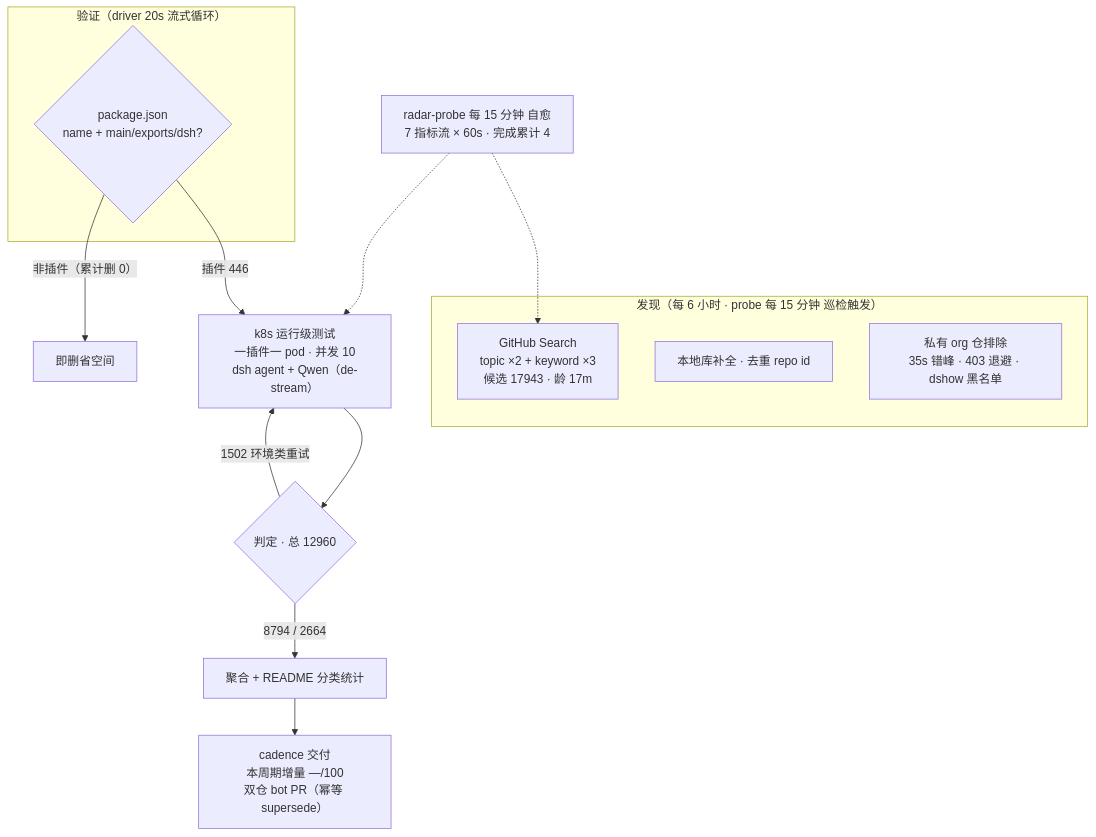
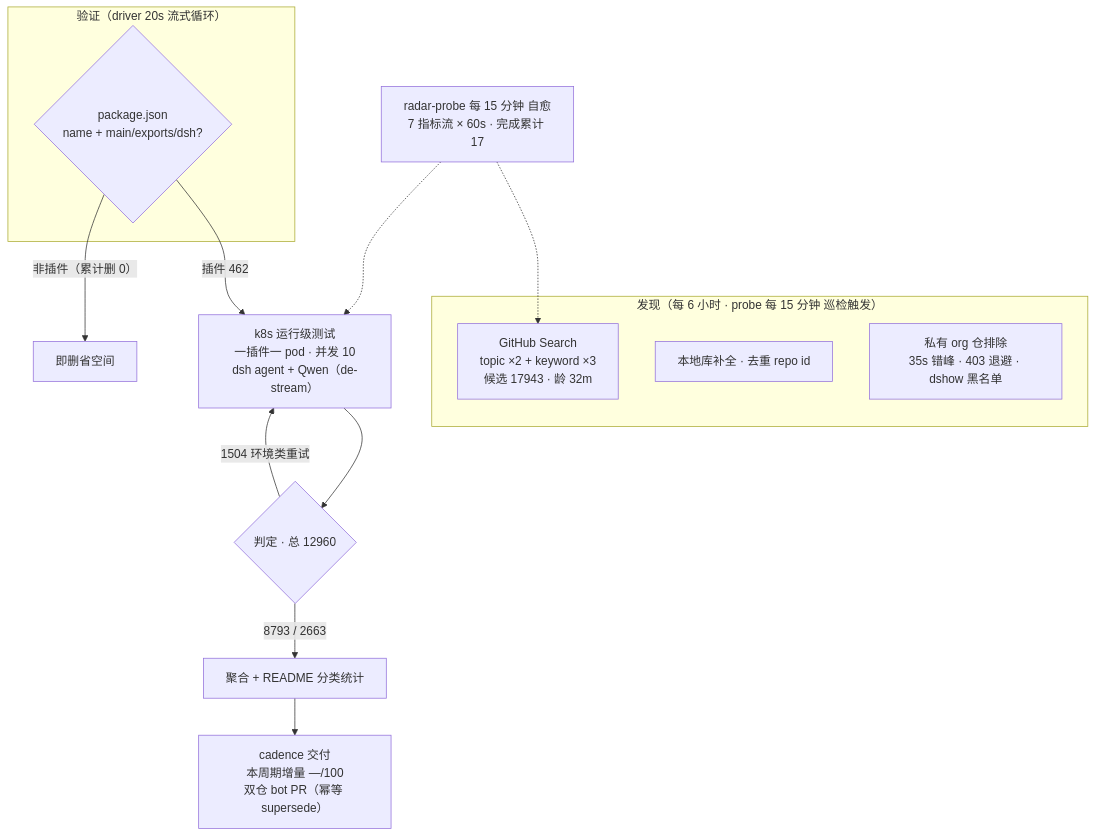
One commit to AdamPlatin123/awesome-dsh-plugins changed the diagram in README.md. Above: the diagram before and after it, drawn with Mermaid. The commit also changed other lines of this file and 5 other files, not shown here.

````diff
--- a/README.md
+++ b/README.md
@@ -52,20 +52,20 @@
 ```mermaid
 flowchart TB
     subgraph Discovery["发现（每 6 小时 · probe 每 15 分钟 巡检触发）"]
-        A1["GitHub Search<br/>topic ×2 + keyword ×3<br/>候选 17943 · 龄 17m"]
+        A1["GitHub Search<br/>topic ×2 + keyword ×3<br/>候选 17943 · 龄 32m"]
         A2["本地库补全 · 去重 repo id"]
         A3["私有 org 仓排除<br/>35s 错峰 · 403 退避 · dshow 黑名单"]
     end
     subgraph Validation["验证（driver 20s 流式循环）"]
         B1{"package.json<br/>name + main/exports/dsh?"}
     end
-    B1 -->|"插件 446"| C1["k8s 运行级测试<br/>一插件一 pod · 并发 10<br/>dsh agent + Qwen（de-stream）"]
+    B1 -->|"插件 462"| C1["k8s 运行级测试<br/>一插件一 pod · 并发 10<br/>dsh agent + Qwen（de-stream）"]
     B1 -->|"非插件（累计删 0）"| B3["即删省空间"]
     C1 --> D1{"判定 · 总 12960"}
-    D1 -->|"8794 / 2664"| E1["聚合 + README 分类统计"]
-    D1 -->|"1502 环境类重试"| C1
+    D1 -->|"8793 / 2663"| E1["聚合 + README 分类统计"]
+    D1 -->|"1504 环境类重试"| C1
     E1 --> E2["cadence 交付<br/>本周期增量 —/100<br/>双仓 bot PR（幂等 supersede）"]
-    M["radar-probe 每 15 分钟 自愈<br/>7 指标流 × 60s · 完成累计 4"]
+    M["radar-probe 每 15 分钟 自愈<br/>7 指标流 × 60s · 完成累计 17"]
     M -.-> A1
     M -.-> C1
 ```
````
